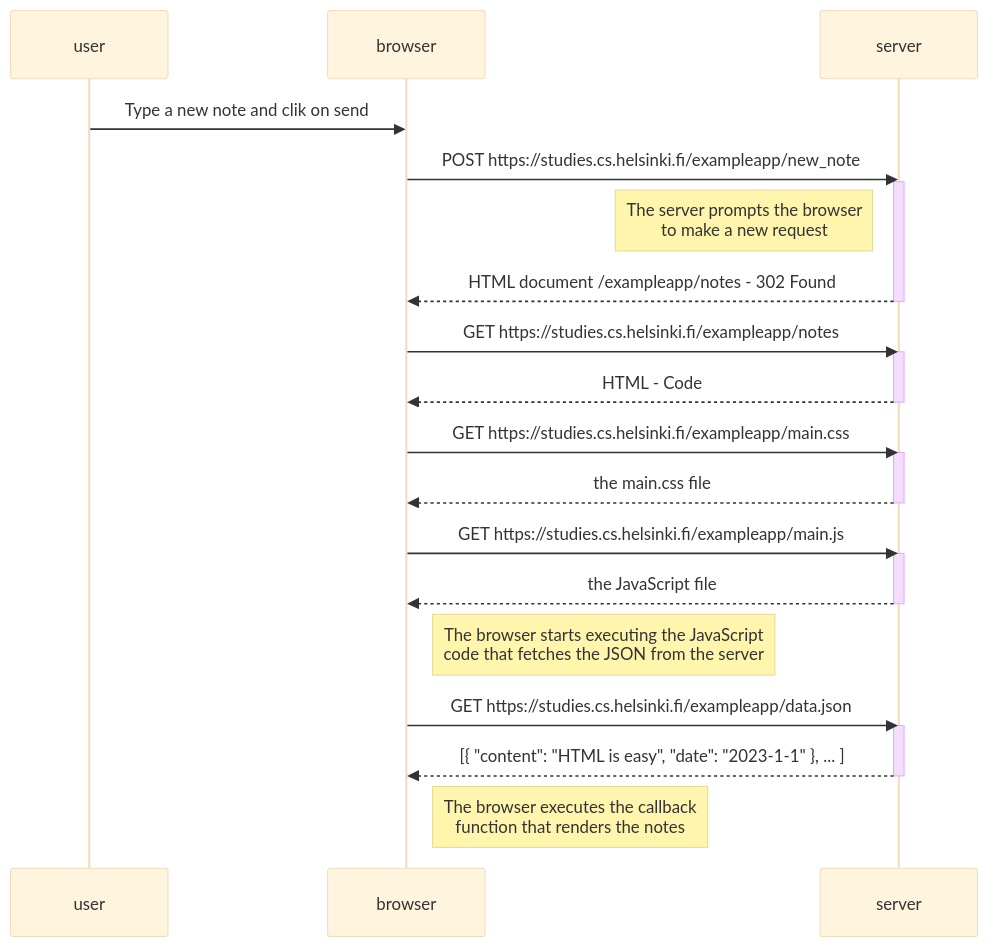
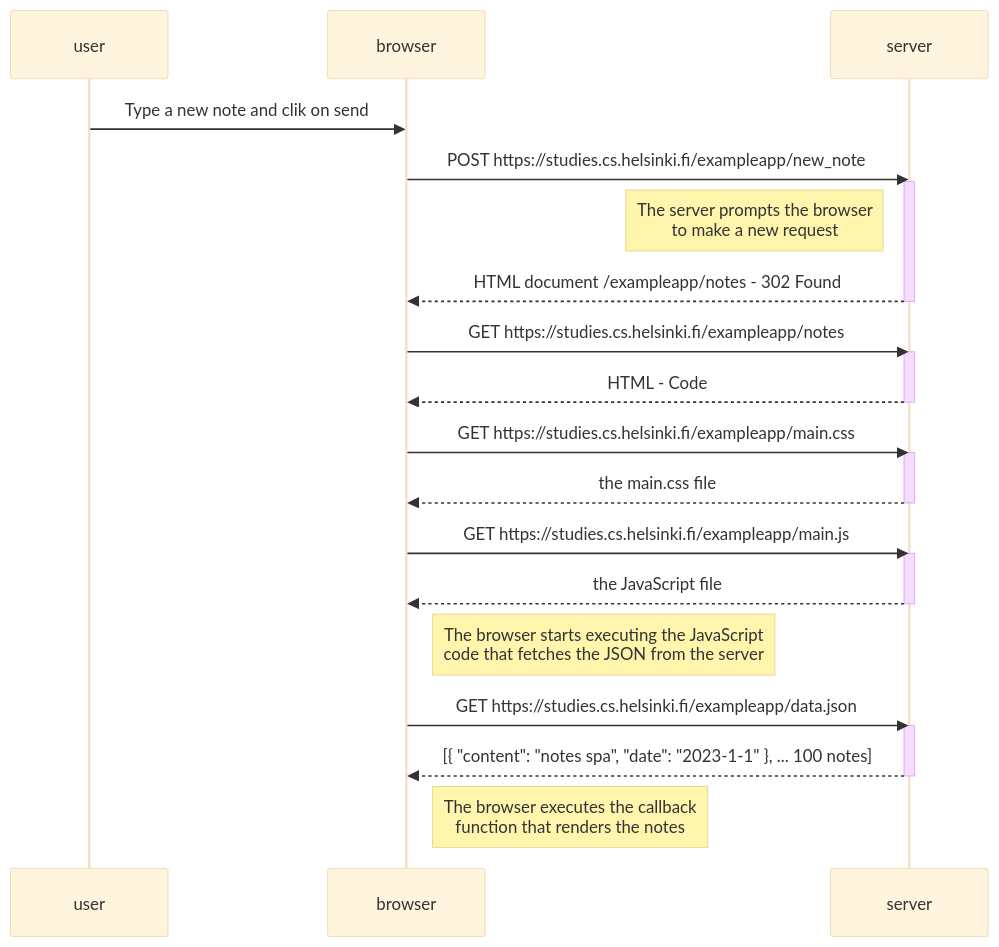
One commit to ElkynAngarita/FullStackOpen changed the diagram in Part0/04DiagramNewNoteNotes.markdown. Above: the diagram before and after it, drawn with Mermaid (base theme).

````diff
--- a/Part0/04DiagramNewNoteNotes.markdown
+++ b/Part0/04DiagramNewNoteNotes.markdown
@@ -1,37 +1,37 @@
 ```mermaid
 sequenceDiagram
 
     user->>browser: Type a new note and clik on send
     participant browser
     participant server
  
     browser->>server: POST https://studies.cs.helsinki.fi/exampleapp/new_note
     activate server
     Note left of server:  The server prompts the browser<br/>to make a new request
     server-->>browser: HTML document /exampleapp/notes - 302 Found
     deactivate server
 
     browser->>server: GET https://studies.cs.helsinki.fi/exampleapp/notes
     activate server
     server-->>browser:  HTML - Code 
     deactivate server
 
     browser->>server: GET https://studies.cs.helsinki.fi/exampleapp/main.css
     activate server
     server-->>browser: the main.css file
     deactivate server
 
     browser->>server: GET https://studies.cs.helsinki.fi/exampleapp/main.js
     activate server
     server-->>browser: the JavaScript file
     deactivate server
 
     Note right of browser: The browser starts executing the JavaScript<br/>code that fetches the JSON from the server
 
     browser->>server: GET https://studies.cs.helsinki.fi/exampleapp/data.json
     activate server
-    server-->>browser: [{ "content": "HTML is easy", "date": "2023-1-1" }, ... ]
+    server-->>browser: [{ "content": "notes spa", "date": "2023-1-1" }, ... 100 notes]
     deactivate server
 
     Note right of browser: The browser executes the callback<br/>function that renders the notes
 ```
````
